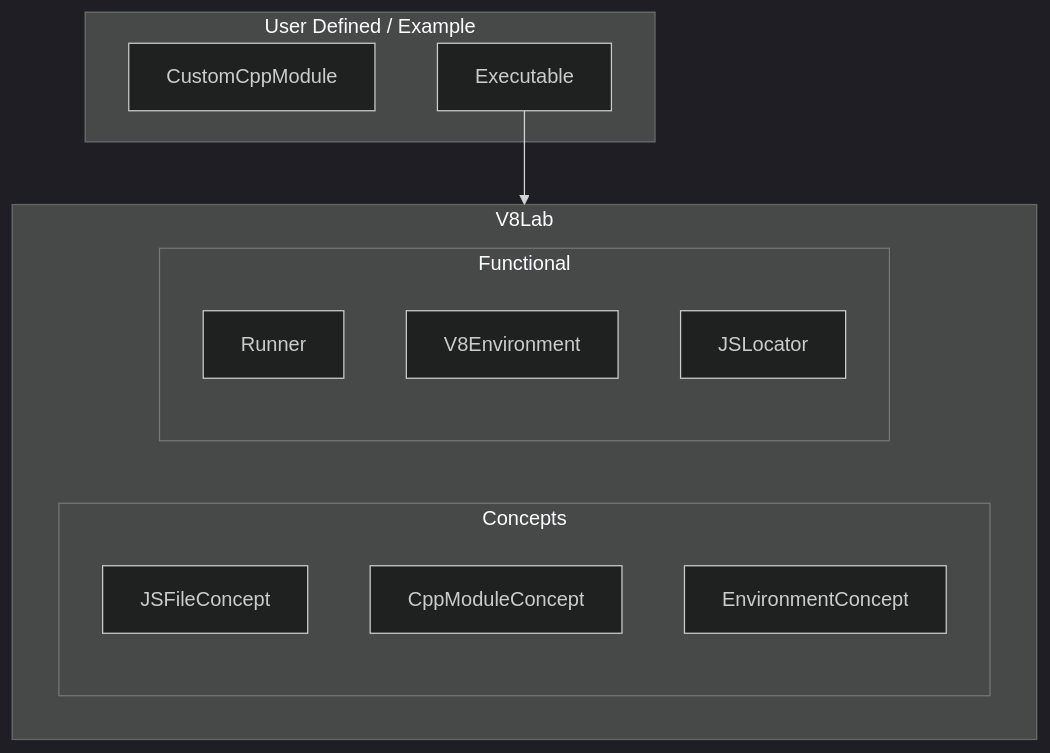
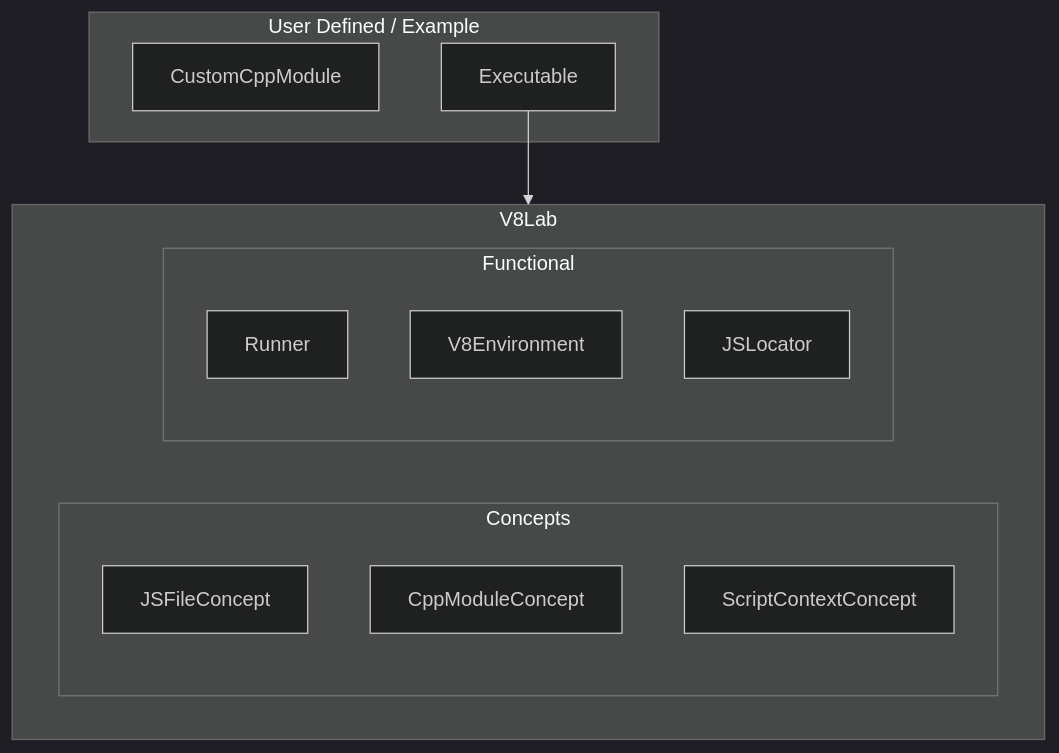
Before and after one commit to Markus-5995/V8pp-Lab: the diagram in README.md, drawn with Mermaid (dark theme). The commit also changed other lines of this file, not shown here.

````diff
--- a/README.md
+++ b/README.md
@@ -60,25 +71,25 @@
 ```mermaid
   graph TD;
 
     subgraph V[V8Lab]
        subgraph C[Concepts]
         JC[JSFileConcept]
         CC[CppModuleConcept]
-        EC[EnvironmentConcept]
+        EC[ScriptContextConcept]
         end
 
        subgraph Functional
             R[Runner]
             E[V8Environment]
             JL[JSLocator]
         end
     end
 
     subgraph U[User Defined / Example]
     CM[CustomCppModule]
     EXE[Executable]
     end
 
     EXE --> V
 
 ```
````
